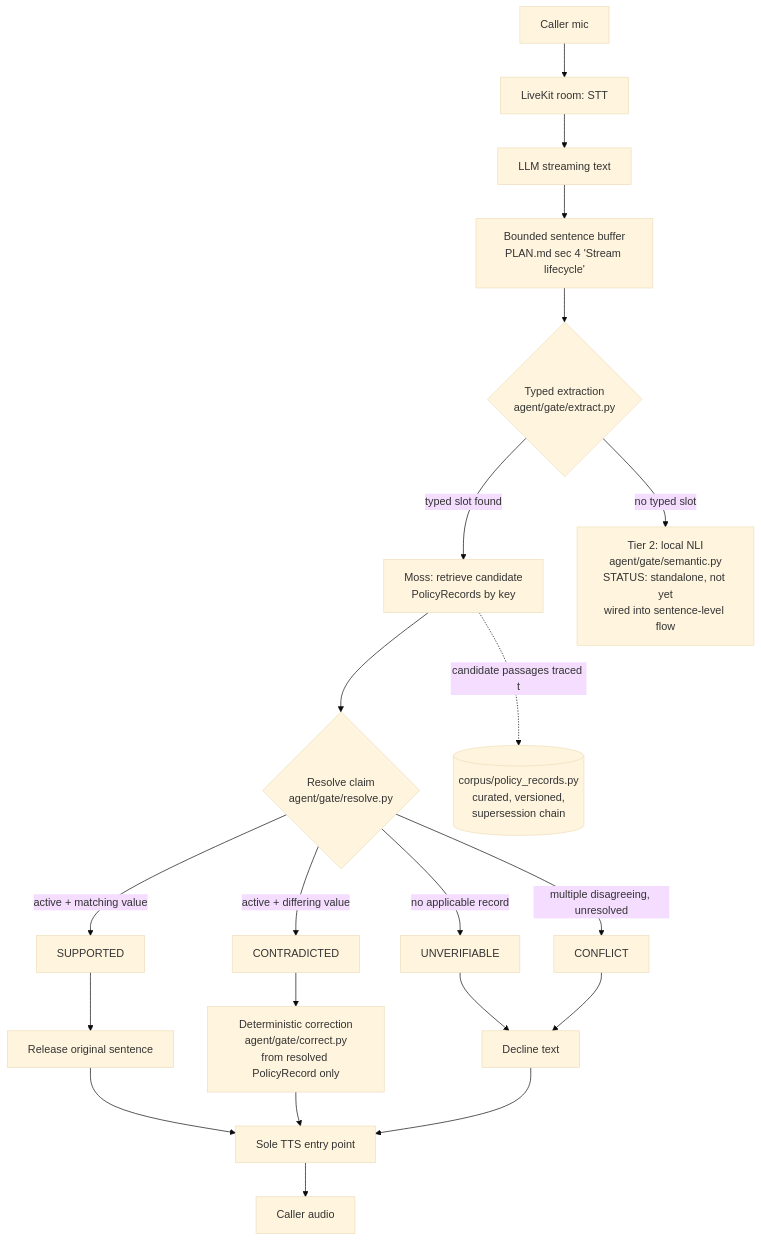
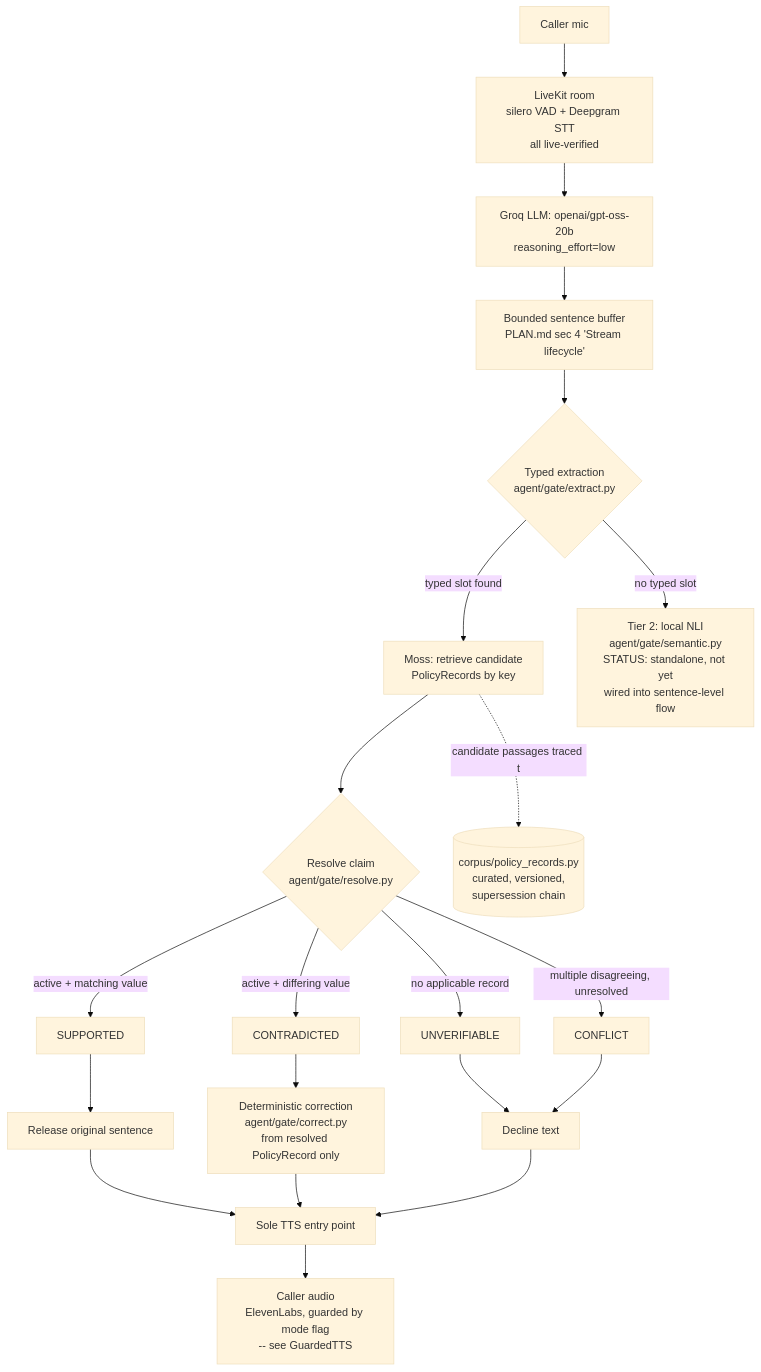
One commit to AshrafAhmed9/hesitate changed the diagram in docs/ARCHITECTURE.md. Above: the diagram before and after it, drawn with Mermaid (base theme). The commit also changed other lines of this file, not shown here.

First line of the commit message:
Refresh architecture doc with real component names and current status

````diff
--- a/docs/ARCHITECTURE.md
+++ b/docs/ARCHITECTURE.md
@@ -7,24 +7,24 @@
 ```mermaid
 flowchart TD
-    A[Caller mic] --> B[LiveKit room: STT]
-    B --> C[LLM streaming text]
+    A[Caller mic] --> B[LiveKit room<br/>silero VAD + Deepgram STT<br/>all live-verified]
+    B --> C[Groq LLM: openai/gpt-oss-20b<br/>reasoning_effort=low]
     C --> D[Bounded sentence buffer<br/>PLAN.md sec 4 'Stream lifecycle']
     D --> E{Typed extraction<br/>agent/gate/extract.py}
     E -->|typed slot found| F[Moss: retrieve candidate<br/>PolicyRecords by key]
     E -->|no typed slot| G[Tier 2: local NLI<br/>agent/gate/semantic.py<br/>STATUS: standalone, not yet<br/>wired into sentence-level flow]
     F --> H{Resolve claim<br/>agent/gate/resolve.py}
     H -->|active + matching value| I[SUPPORTED]
     H -->|active + differing value| J[CONTRADICTED]
     H -->|no applicable record| K[UNVERIFIABLE]
     H -->|multiple disagreeing, unresolved| L[CONFLICT]
     I --> M[Release original sentence]
     J --> N[Deterministic correction<br/>agent/gate/correct.py<br/>from resolved PolicyRecord only]
     K --> O[Decline text]
     L --> O
     M --> P[Sole TTS entry point]
     N --> P
     O --> P
-    P --> Q[Caller audio]
+    P --> Q[Caller audio<br/>ElevenLabs, guarded by mode flag<br/>-- see GuardedTTS]
 
     F -.candidate passages traced to.-> R[(corpus/policy_records.py<br/>curated, versioned,<br/>supersession chain)]
 ```
````
